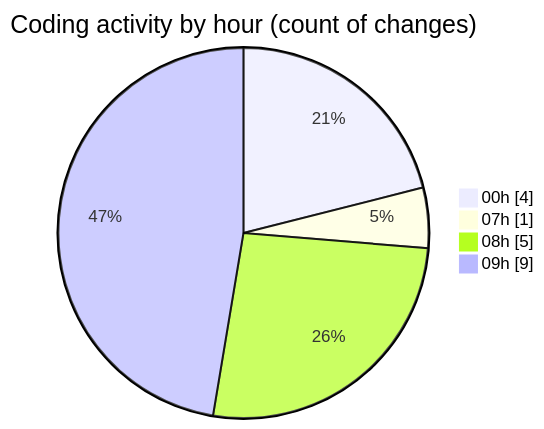
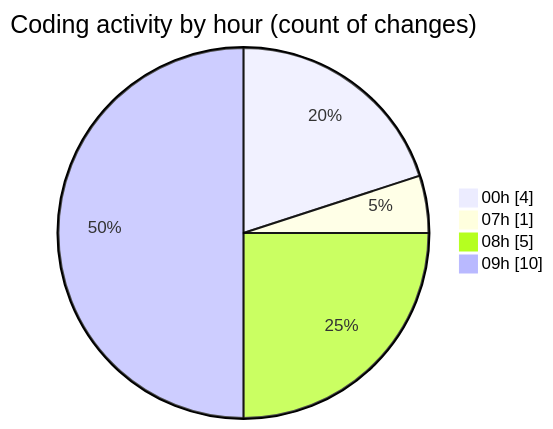
The second of 2 diagrams in 2025-05-08/niten/README.md (Elitesun/code-tracking), drawn with Mermaid before and after one commit. The commit also changed other lines of this file and 1 other file, not shown here.

````diff
--- a/2025-05-08/niten/README.md
+++ b/2025-05-08/niten/README.md
@@ -34,8 +35,8 @@
 ```mermaid
 pie showData
 title Coding activity by hour (count of changes)
 "00h" : 4
 "07h" : 1
 "08h" : 5
-"09h" : 9
+"09h" : 10
 ```
````
